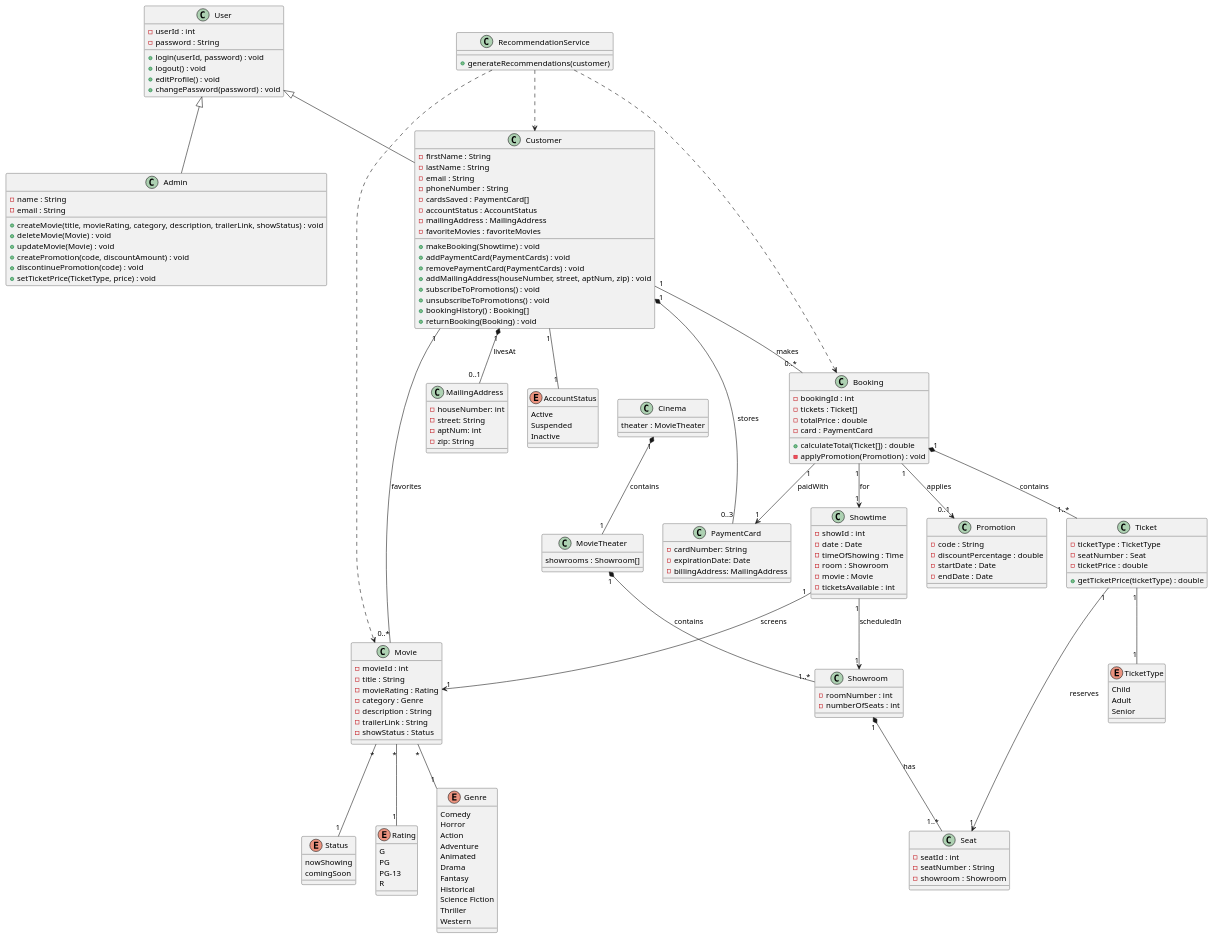
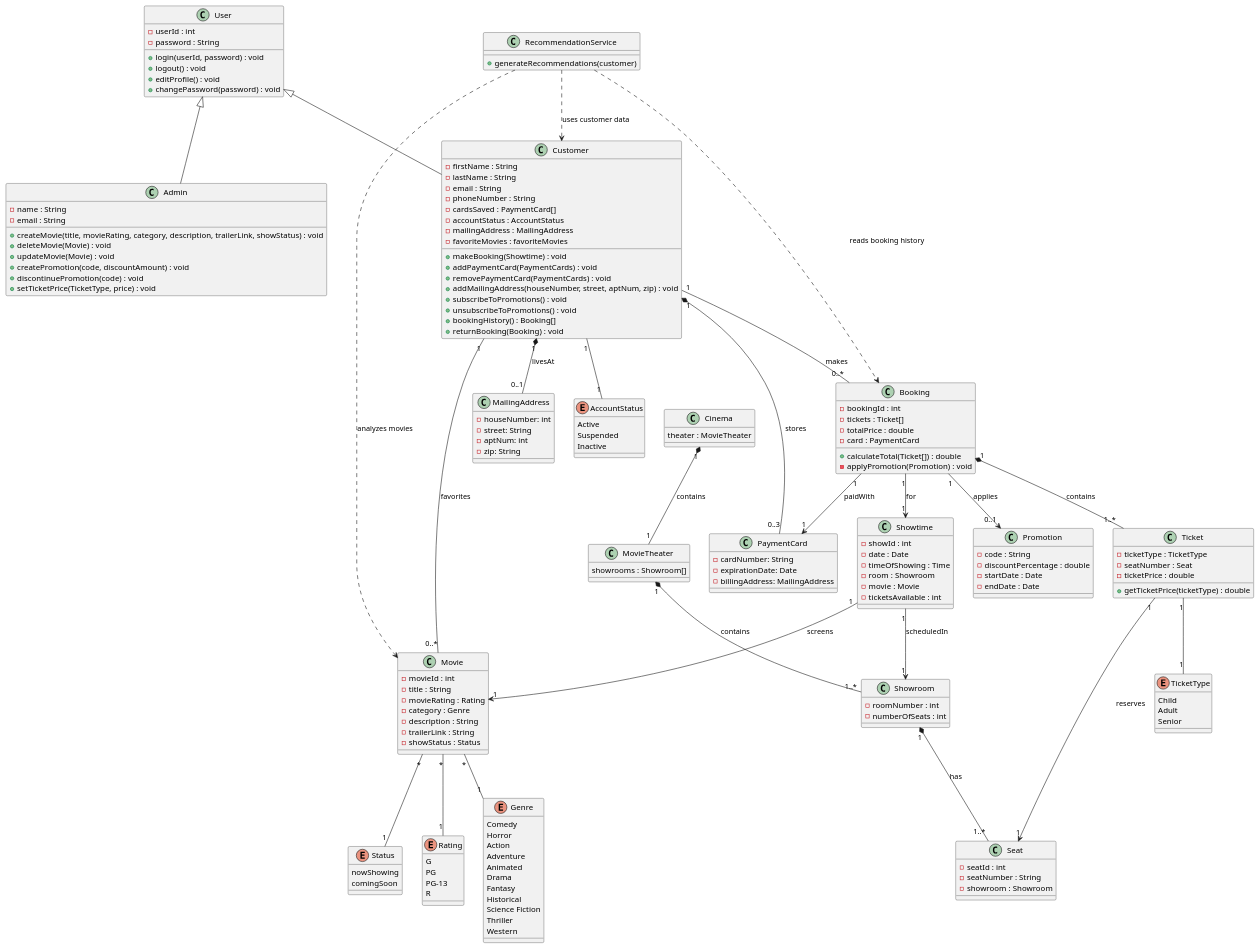
One commit to r-s-r-99/CSCI4050-CinmeaEBookingProject changed the diagram in uml/user-diagram.puml. Above: the diagram before and after it, drawn with PlantUML.

Commit message:
fix: dependencies relationship description

```diff
--- a/uml/user-diagram.puml
+++ b/uml/user-diagram.puml
@@ -1,161 +1,161 @@
 @startuml 
 class User {
     - userId : int 
     - password : String 
     + login(userId, password) : void 
     + logout() : void 
     + editProfile() : void 
     + changePassword(password) : void 
 } 
 class Customer { 
     - firstName : String 
     - lastName : String 
     - email : String 
     - phoneNumber : String 
     - cardsSaved : PaymentCard[] 
     - accountStatus : AccountStatus 
     - mailingAddress : MailingAddress 
     - favoriteMovies : favoriteMovies 
     + makeBooking(Showtime) : void
     + addPaymentCard(PaymentCards) : void 
     + removePaymentCard(PaymentCards) : void
     + addMailingAddress(houseNumber, street, aptNum, zip) : void 
     + subscribeToPromotions() : void 
     + unsubscribeToPromotions() : void 
     + bookingHistory() : Booking[]
     + returnBooking(Booking) : void
 } 
 class PaymentCard { 
     - cardNumber: String 
     - expirationDate: Date 
     - billingAddress: MailingAddress 
 } 
 class MailingAddress { 
     - houseNumber: int 
     - street: String 
     - aptNum: int 
     - zip: String 
 } 
 enum AccountStatus { 
     Active
     Suspended 
     Inactive 
 } 
 class Movie { 
     - movieId : int 
     - title : String 
     - movieRating : Rating 
     - category : Genre 
     - description : String 
     - trailerLink : String 
     - showStatus : Status
 } 
 enum Status { 
     nowShowing 
     comingSoon 
 } 
 enum Rating { 
     G 
     PG 
     PG-13 
     R 
 } 
 enum Genre { 
     Comedy 
     Horror 
     Action 
     Adventure 
     Animated 
     Drama 
     Fantasy 
     Historical 
     Science Fiction 
     Thriller 
     Western 
 } 
 class Admin { 
     - name : String 
     - email : String
     + createMovie(title, movieRating, category, description, trailerLink, showStatus) : void
     + deleteMovie(Movie) : void
     + updateMovie(Movie) : void
     + createPromotion(code, discountAmount) : void
     + discontinuePromotion(code) : void 
     + setTicketPrice(TicketType, price) : void
 } 
 class Ticket { 
     - ticketType : TicketType 
     - seatNumber : Seat 
     - ticketPrice : double 
     + getTicketPrice(ticketType) : double 
 } 
 enum TicketType { 
     Child 
     Adult 
     Senior 
 } 
 class Showtime { 
     - showId : int 
     - date : Date 
     - timeOfShowing : Time 
     - room : Showroom 
     - movie : Movie 
     - ticketsAvailable : int 
 } 
 class Showroom { 
     - roomNumber : int 
     - numberOfSeats : int 
 } 
 class Seat { 
     - seatId : int
     - seatNumber : String 
     - showroom : Showroom 
 } 
 class MovieTheater { 
     showrooms : Showroom[] 
 } 
 class Cinema { 
     theater : MovieTheater 
 } 
 class Booking { 
     - bookingId : int
     - tickets : Ticket[] 
     - totalPrice : double 
     - card : PaymentCard 
     + calculateTotal(Ticket[]) : double 
     - applyPromotion(Promotion) : void 
 } 
 class Promotion { 
     - code : String 
     - discountPercentage : double 
     - startDate : Date 
     - endDate : Date 
 } 
 class RecommendationService {
     + generateRecommendations(customer)
 } 
 Customer "1" -- "1" AccountStatus 
 Ticket "1" -- "1" TicketType 
 Movie "*" -- "1" Genre 
 Movie "*" -- "1" Rating 
 Movie "*" -- "1" Status 
 User <|-- Customer
 User <|-- Admin
 Customer "1" *-- "0..3" PaymentCard : stores
 Customer "1" *-- "0..1" MailingAddress : livesAt
 Booking "1" *-- "1..*" Ticket : contains
 Showroom "1" *-- "1..*" Seat : has
 Customer "1" -- "0..*" Booking : makes
 Customer "1" -- "0..*" Movie : favorites
 Booking "1" --> "1" Showtime : for
 Booking "1" --> "1" PaymentCard : paidWith
 Booking "1" --> "0..1" Promotion : applies
 Ticket "1" --> "1" Seat : reserves
 Showtime "1" --> "1" Movie : screens
 Showtime "1" --> "1" Showroom : scheduledIn
 MovieTheater "1" *-- "1..*" Showroom : contains
 Cinema "1" *-- "1" MovieTheater : contains
-RecommendationService ..> Customer
-RecommendationService ..> Movie
-RecommendationService ..> Booking
+RecommendationService ..> Customer : uses customer data
+RecommendationService ..> Movie : analyzes movies
+RecommendationService ..> Booking : reads booking history
 @enduml
```
